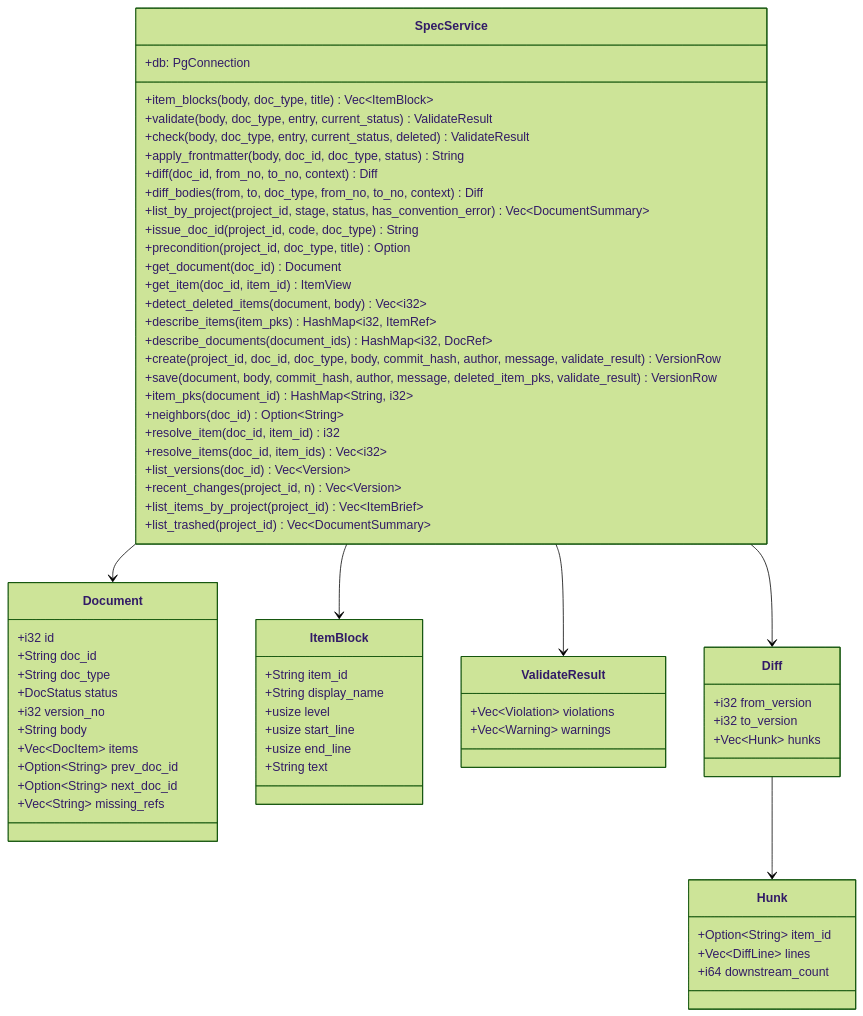
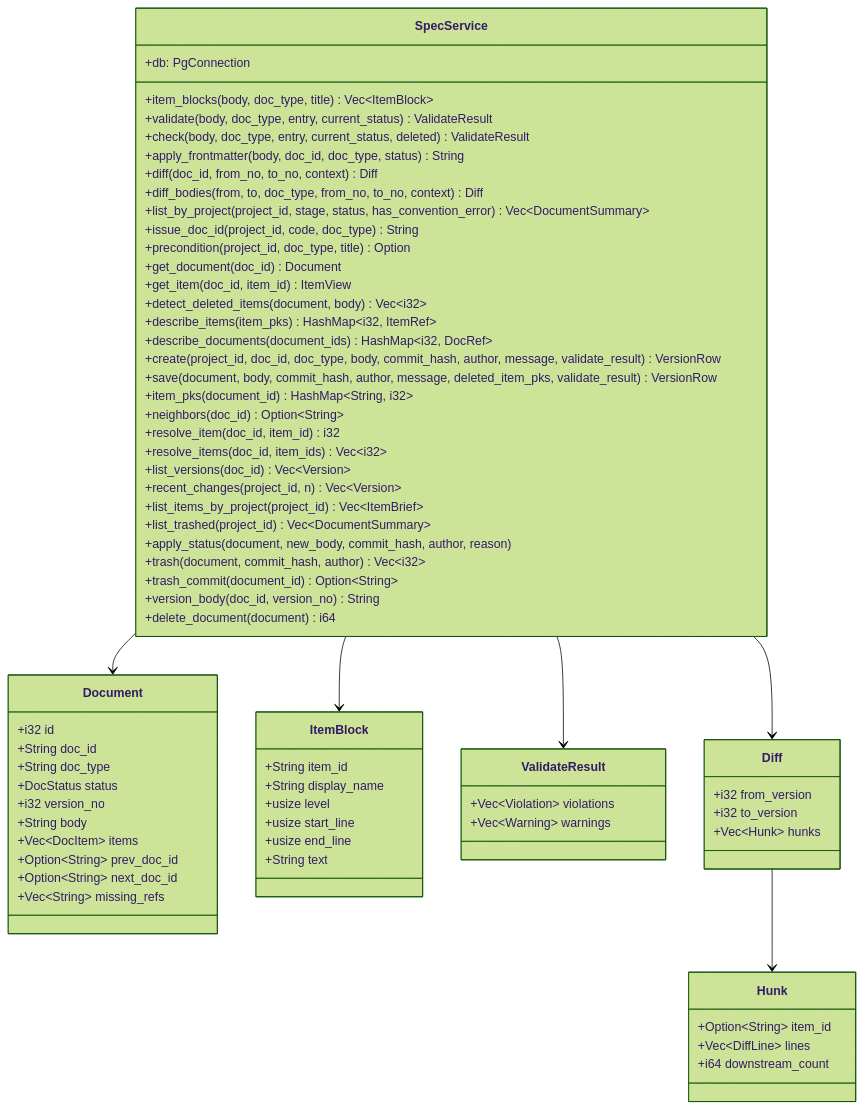
One commit to HoyoungParkme/syncdoc changed the second of 6 diagrams in docs/specs/06-DOM/SYNC-DOM-004.md. Above: the diagram before and after it, drawn with Mermaid (forest theme). The commit also changed other lines of this file, not shown here.

````diff
--- a/docs/specs/06-DOM/SYNC-DOM-004.md
+++ b/docs/specs/06-DOM/SYNC-DOM-004.md
@@ -361,69 +361,74 @@
 ```mermaid
 classDiagram
     class SpecService {
         +db: PgConnection
         +item_blocks(body, doc_type, title) Vec~ItemBlock~
         +validate(body, doc_type, entry, current_status) ValidateResult
         +check(body, doc_type, entry, current_status, deleted) ValidateResult
         +apply_frontmatter(body, doc_id, doc_type, status) String
         +diff(doc_id, from_no, to_no, context) Diff
         +diff_bodies(from, to, doc_type, from_no, to_no, context) Diff
         +list_by_project(project_id, stage, status, has_convention_error) Vec~DocumentSummary~
         +issue_doc_id(project_id, code, doc_type) String
         +precondition(project_id, doc_type, title) Option
         +get_document(doc_id) Document
         +get_item(doc_id, item_id) ItemView
         +detect_deleted_items(document, body) Vec~i32~
         +describe_items(item_pks) HashMap~i32, ItemRef~
         +describe_documents(document_ids) HashMap~i32, DocRef~
         +create(project_id, doc_id, doc_type, body, commit_hash, author, message, validate_result) VersionRow
         +save(document, body, commit_hash, author, message, deleted_item_pks, validate_result) VersionRow
         +item_pks(document_id) HashMap~String, i32~
         +neighbors(doc_id) Option~String~
         +resolve_item(doc_id, item_id) i32
         +resolve_items(doc_id, item_ids) Vec~i32~
         +list_versions(doc_id) Vec~Version~
         +recent_changes(project_id, n) Vec~Version~
         +list_items_by_project(project_id) Vec~ItemBrief~
         +list_trashed(project_id) Vec~DocumentSummary~
+        +apply_status(document, new_body, commit_hash, author, reason)
+        +trash(document, commit_hash, author) Vec~i32~
+        +trash_commit(document_id) Option~String~
+        +version_body(doc_id, version_no) String
+        +delete_document(document) i64
     }
     class Document {
         +i32 id
         +String doc_id
         +String doc_type
         +DocStatus status
         +i32 version_no
         +String body
         +Vec~DocItem~ items
         +Option~String~ prev_doc_id
         +Option~String~ next_doc_id
         +Vec~String~ missing_refs
     }
     class ItemBlock {
         +String item_id
         +String display_name
         +usize level
         +usize start_line
         +usize end_line
         +String text
     }
     class ValidateResult {
         +Vec~Violation~ violations
         +Vec~Warning~ warnings
     }
     class Diff {
         +i32 from_version
         +i32 to_version
         +Vec~Hunk~ hunks
     }
     class Hunk {
         +Option~String~ item_id
         +Vec~DiffLine~ lines
         +i64 downstream_count
     }
     SpecService --> ItemBlock
     SpecService --> ValidateResult
     SpecService --> Diff
     SpecService --> Document
     Diff --> Hunk
 ```
````
